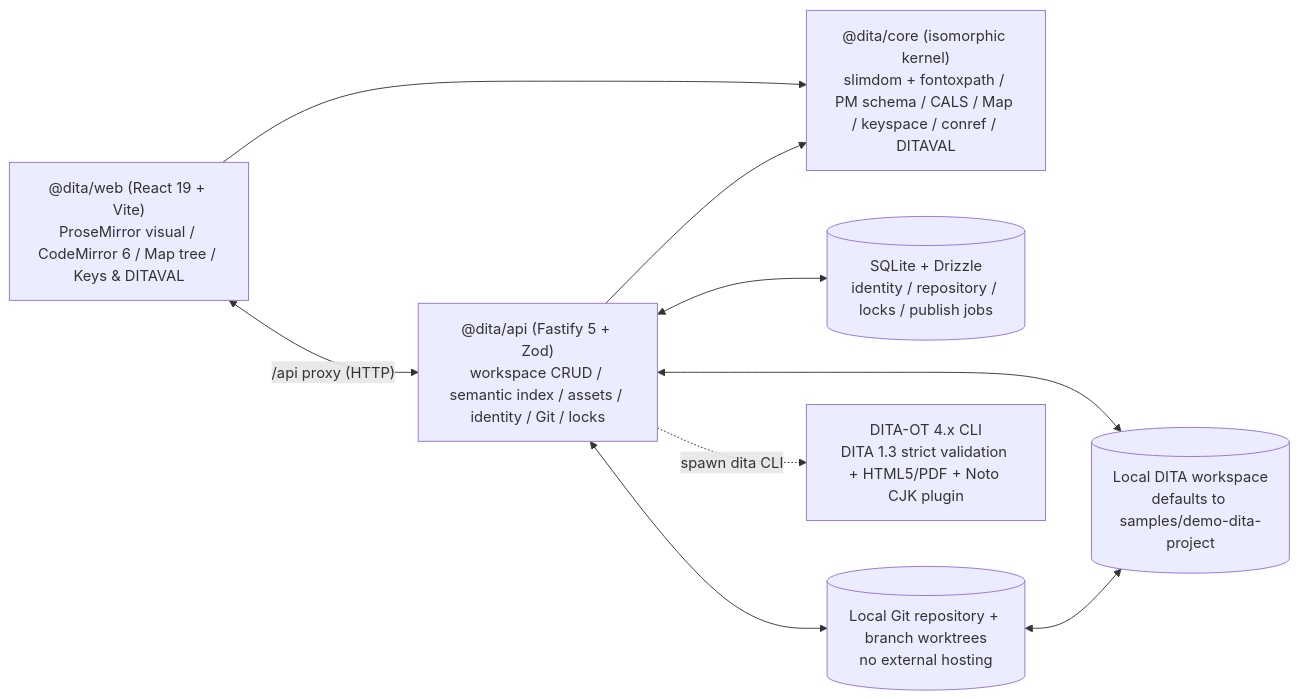
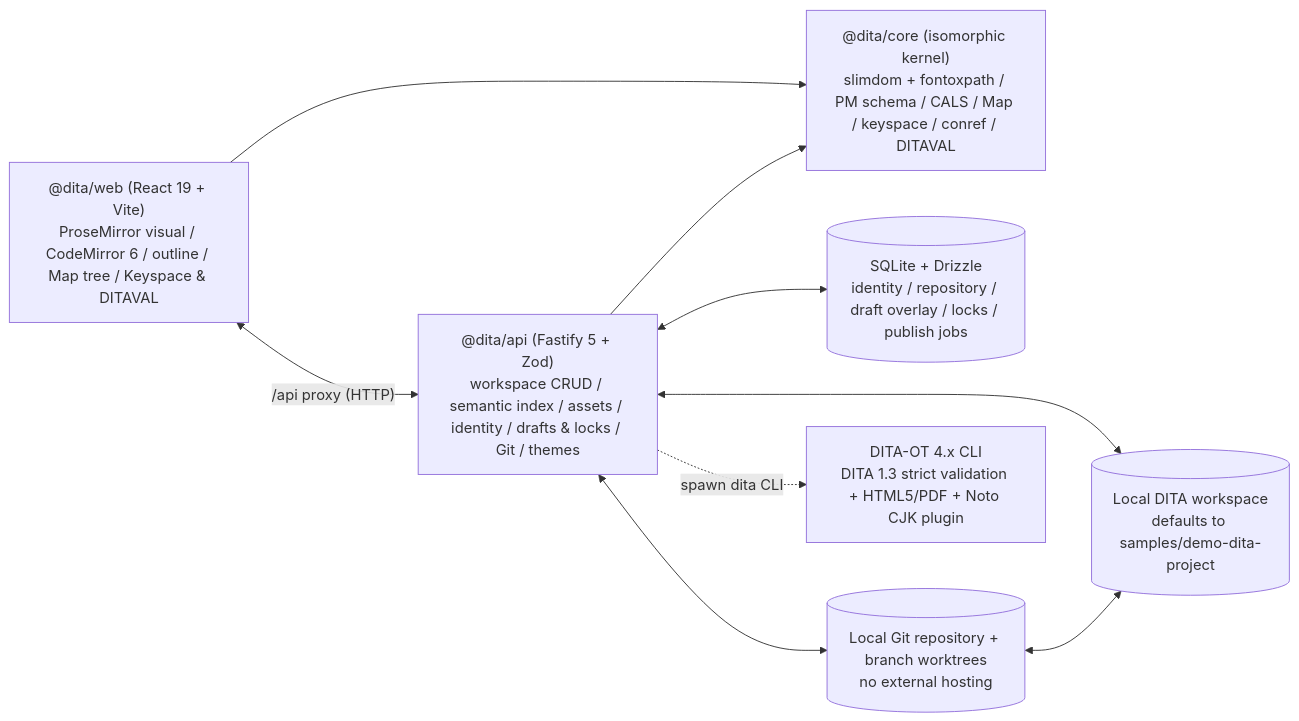
The diagram in README.en.md (Ericfeng84/DITAEditor), drawn with Mermaid before and after one commit. The commit also changed other lines of this file and 9 other files, not shown here.

````diff
--- a/README.en.md
+++ b/README.en.md
@@ -237,19 +254,19 @@
 ```mermaid
 flowchart LR
-    Web["@dita/web (React 19 + Vite)<br/>ProseMirror visual / CodeMirror 6 / Map tree / Keys & DITAVAL"]
-    API["@dita/api (Fastify 5 + Zod)<br/>workspace CRUD / semantic index / assets / identity / Git / locks"]
+    Web["@dita/web (React 19 + Vite)<br/>ProseMirror visual / CodeMirror 6 / outline / Map tree / Keyspace & DITAVAL"]
+    API["@dita/api (Fastify 5 + Zod)<br/>workspace CRUD / semantic index / assets / identity / drafts & locks / Git / themes"]
     Core["@dita/core (isomorphic kernel)<br/>slimdom + fontoxpath / PM schema / CALS / Map / keyspace / conref / DITAVAL"]
     FS[("Local DITA workspace<br/>defaults to samples/demo-dita-project")]
-    DB[("SQLite + Drizzle<br/>identity / repository / locks / publish jobs")]
+    DB[("SQLite + Drizzle<br/>identity / repository / draft overlay / locks / publish jobs")]
     GIT[("Local Git repository + branch worktrees<br/>no external hosting")]
     CLI["DITA-OT 4.x CLI<br/>DITA 1.3 strict validation + HTML5/PDF + Noto CJK plugin"]
 
     Web <-->|"/api proxy (HTTP)"| API
     Web --> Core
     API --> Core
     API <--> FS
     API <--> DB
     API <--> GIT
     GIT <--> FS
     API -.->|"spawn dita CLI"| CLI
 ```
````
